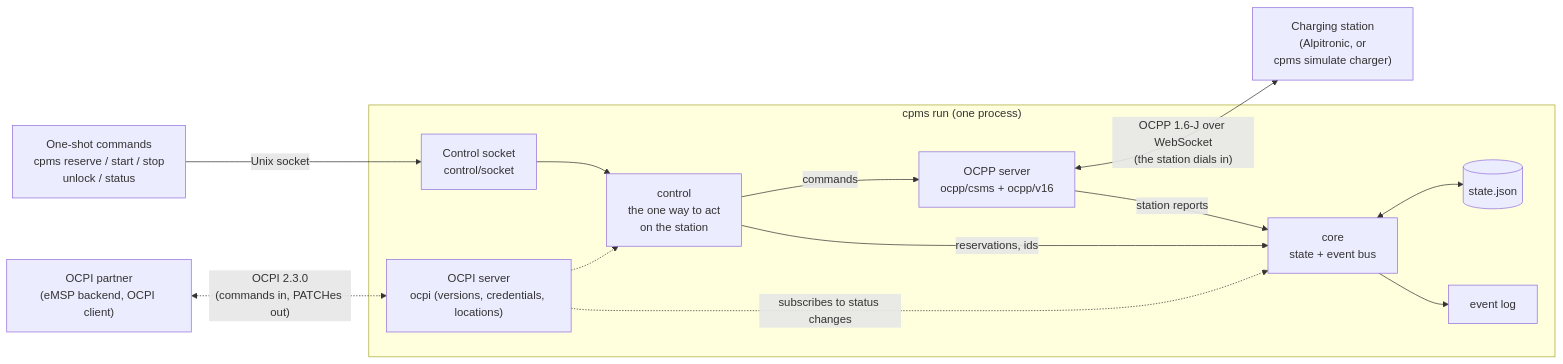
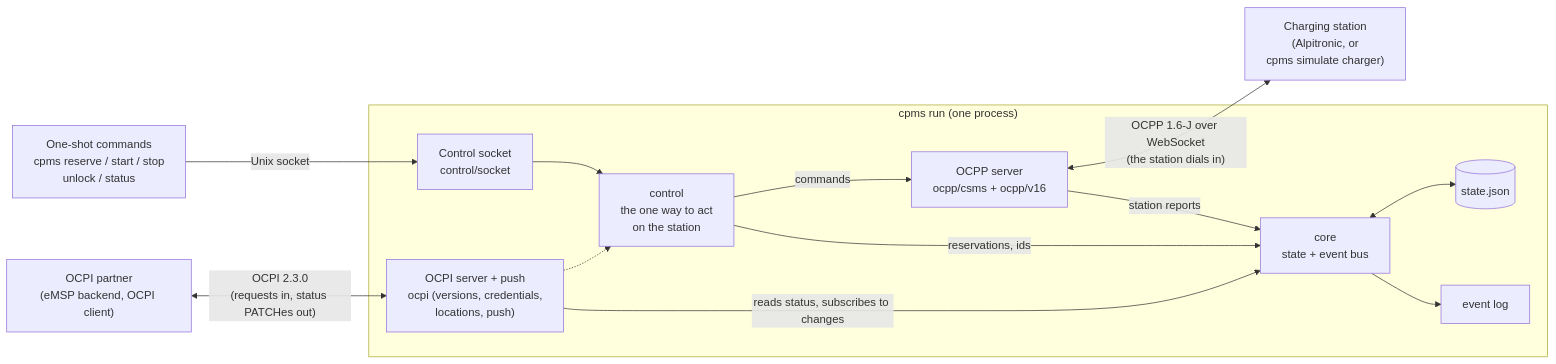
Before and after one commit to wolffseb/headless-csms: the diagram in docs/architecture/overview.md, drawn with Mermaid. The commit also changed other lines of this file and 14 other files, not shown here.

First line of the commit message:
Docs: cover the status push, exit code 12 and the config text limits

````diff
--- a/docs/architecture/overview.md
+++ b/docs/architecture/overview.md
@@ -8,28 +8,28 @@
 ```mermaid
 flowchart LR
     cli["One-shot commands<br/>cpms reserve / start / stop<br/>unlock / status"]
     partner["OCPI partner<br/>(eMSP backend, OCPI client)"]
     station["Charging station<br/>(Alpitronic, or<br/>cpms simulate charger)"]
 
     subgraph run ["cpms run (one process)"]
         sock["Control socket<br/>control/socket"]
-        ocpi["OCPI server<br/>ocpi (versions, credentials, locations)"]
+        ocpi["OCPI server + push<br/>ocpi (versions, credentials,<br/>locations, push)"]
         ctrl["control<br/>the one way to act<br/>on the station"]
         csms["OCPP server<br/>ocpp/csms + ocpp/v16"]
         core["core<br/>state + event bus"]
         store[("state.json")]
         log["event log"]
     end
 
     cli -- "Unix socket" --> sock
-    partner <-. "OCPI 2.3.0<br/>(commands in, PATCHes out)" .-> ocpi
+    partner <-- "OCPI 2.3.0<br/>(requests in, status PATCHes out)" --> ocpi
     sock --> ctrl
     ocpi -.-> ctrl
     ctrl -- "commands" --> csms
     csms <-- "OCPP 1.6-J over WebSocket<br/>(the station dials in)" --> station
     ctrl -- "reservations, ids" --> core
     csms -- "station reports" --> core
-    ocpi -. "subscribes to status changes" .-> core
+    ocpi -- "reads status, subscribes to changes" --> core
     core <--> store
     core --> log
 ```
````
